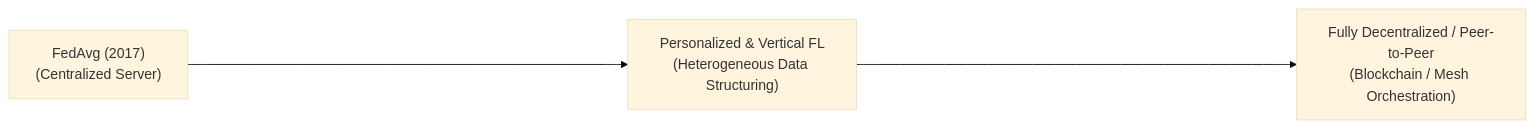
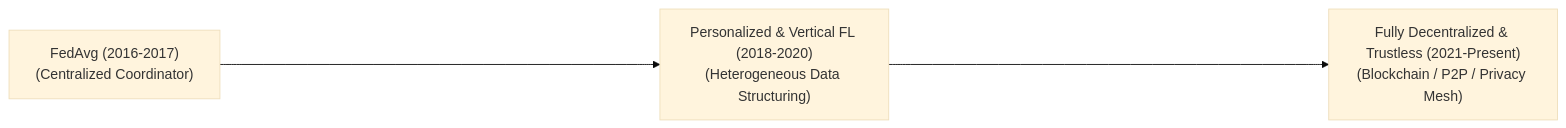
One commit to ishandutta2007/Awesome-Federated-Learning changed the diagram in README.md. Above: the diagram before and after it, drawn with Mermaid (base theme). The commit also changed other lines of this file, not shown here.

````diff
--- a/README.md
+++ b/README.md
@@ -23,5 +41,5 @@
 ```mermaid
 flowchart LR
-    A["FedAvg (2017)<br/>(Centralized Server)"] -----------> B["Personalized & Vertical FL<br/>(Heterogeneous Data Structuring)"]
-    B -----------> C["Fully Decentralized / Peer-to-Peer<br/>(Blockchain / Mesh Orchestration)"]
+    A["FedAvg (2016-2017)<br/>(Centralized Coordinator)"] -----------> B["Personalized & Vertical FL (2018-2020)<br/>(Heterogeneous Data Structuring)"]
+    B -----------> C["Fully Decentralized & Trustless (2021-Present)<br/>(Blockchain / P2P / Privacy Mesh)"]
 ```
````
